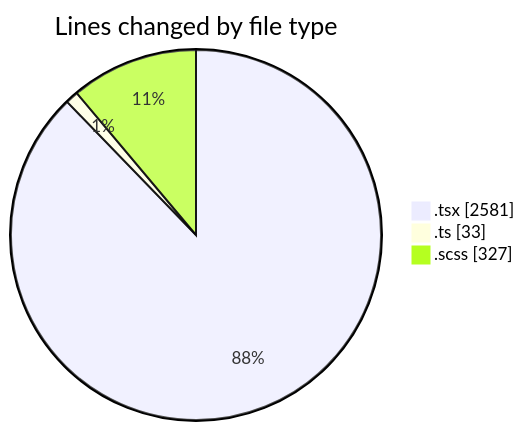
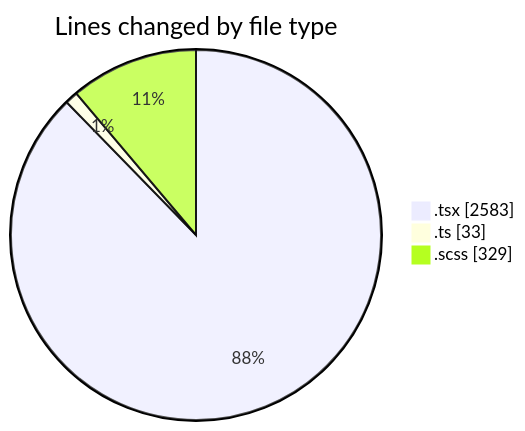
Before and after one commit to momahboobian/code-tracking: the first of 2 diagrams in 2025-02-12/cda/README.md, drawn with Mermaid. The commit also changed other lines of this file and 1 other file, not shown here.

````diff
--- a/2025-02-12/cda/README.md
+++ b/2025-02-12/cda/README.md
@@ -27,7 +27,7 @@
 ```mermaid
 pie showData
 title Lines changed by file type
-".tsx" : 2581
+".tsx" : 2583
 ".ts" : 33
-".scss" : 327
+".scss" : 329
 ```
````
